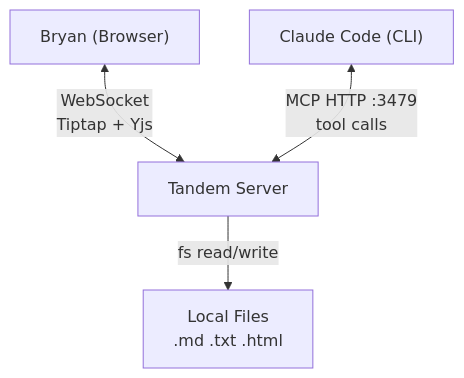
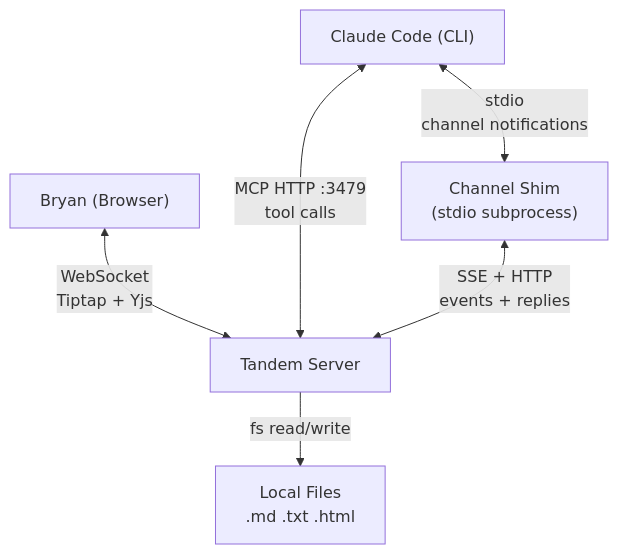
One commit to bloknayrb/tandem changed the first of 2 diagrams in docs/architecture.md. Above: the diagram before and after it, drawn with Mermaid. The commit also changed other lines of this file and 33 other files, not shown here.

First line of the commit message:
feat(channel): real-time push notifications via Claude Code Channels API (#106)

````diff
--- a/docs/architecture.md
+++ b/docs/architecture.md
@@ -5,10 +5,13 @@
 ```mermaid
 graph TB
     User["Bryan (Browser)"]
     Claude["Claude Code (CLI)"]
     Tandem["Tandem Server"]
+    Shim["Channel Shim<br/>(stdio subprocess)"]
 
     User <-->|WebSocket<br/>Tiptap + Yjs| Tandem
     Claude <-->|MCP HTTP :3479<br/>tool calls| Tandem
+    Claude <-->|stdio<br/>channel notifications| Shim
+    Shim <-->|SSE + HTTP<br/>events + replies| Tandem
     Tandem -->|fs read/write| Files["Local Files<br/>.md .txt .html"]
 ```
````
